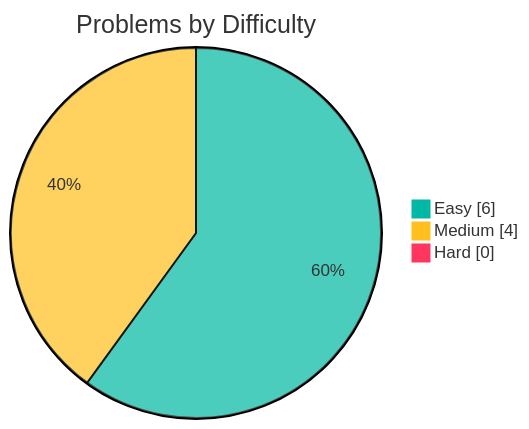
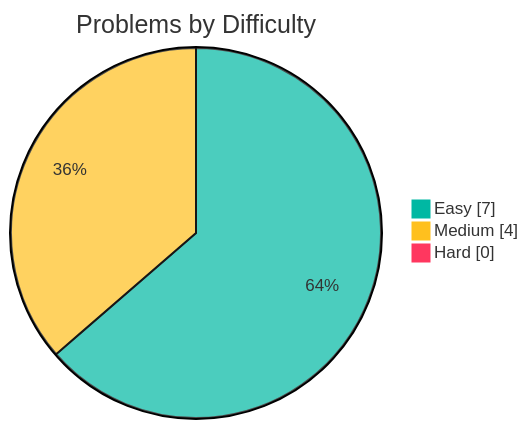
The first of 2 diagrams in README.md (samy-D5/Leetcode), drawn with Mermaid before and after one commit. The commit also changed other lines of this file, not shown here.

````diff
--- a/README.md
+++ b/README.md
@@ -10,7 +10,7 @@
 ```mermaid
 %%{init: {"theme":"base","themeVariables":{"pie1":"#00b8a3","pie2":"#ffc01e","pie3":"#ff375f"}}}%%
 pie showData title Problems by Difficulty
-    "Easy" : 6
+    "Easy" : 7
     "Medium" : 4
     "Hard" : 0
 ```
````
